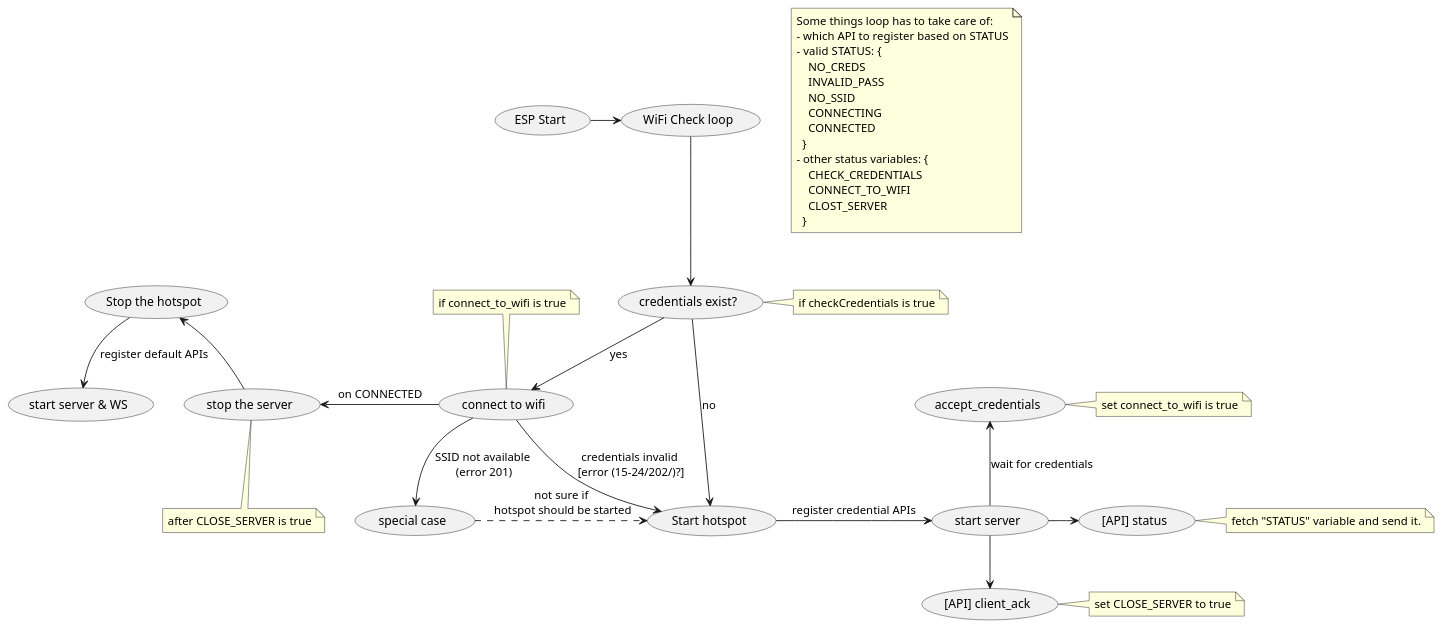
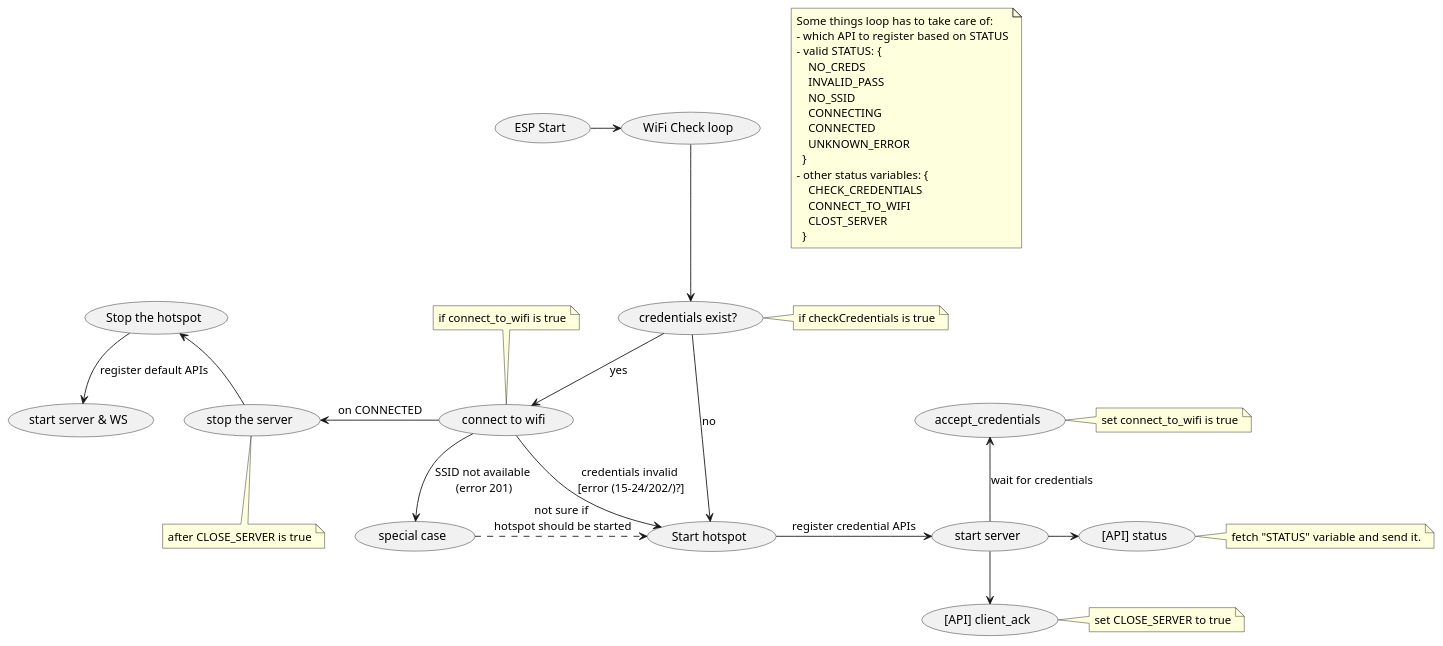
Before and after one commit to TeamRocketBalleBalle/RICA-Remastered: the diagram in Hardware/heart-rate-sensor/logic.pu, drawn with PlantUML. The commit also changed 5 other files, not shown here.

Commit message:
add wifi connect + disconnect event handlers also add another enum `UNKNOWN_ERROR` to account for unaccounted error codes

```diff
--- a/Hardware/heart-rate-sensor/logic.pu
+++ b/Hardware/heart-rate-sensor/logic.pu
@@ -1,53 +1,54 @@
 @startuml wifi big brain logic
 usecase (WiFi Check loop) as wificheck
 usecase (Start hotspot) as starthotspot
 (ESP Start)->wificheck
 wificheck-->(credentials exist?)
 
 ' start chain reaction tests
 
 (credentials exist?)->starthotspot : no
 (credentials exist?)-->(connect to wifi) : yes
 (connect to wifi)-->(special case) : SSID not available \n(error 201)
 (connect to wifi)->starthotspot : credentials invalid \n[error (15-24/202/)?]
 (special case).>starthotspot : not sure if\n hotspot should be started
 
 ' on wifi connect success
 (connect to wifi)-left->(stop the server) : on CONNECTED
 (Stop the hotspot)<--(stop the server)
 (Stop the hotspot)-->(start server & WS) : register default APIs
 
 ' hotspot routine?
 starthotspot->(start server) : register credential APIs
 (accept_credentials)<--(start server) : wait for credentials
 ' (accept_credentials)->(set recheck flag to true) : option 2 set a flag to true \nwhich the other loop will \nlook for constantly
 (start server) -right-> ([API] status)
 (start server) -down-> ([API] client_ack)
 
 note right of (credentials exist?): if checkCredentials is true
 note top of (connect to wifi): if connect_to_wifi is true
 note right of (accept_credentials): set connect_to_wifi is true
 note right of ([API] status): fetch "STATUS" variable and send it.
 note right of ([API] client_ack): set CLOSE_SERVER to true
 note bottom of (stop the server): after CLOSE_SERVER is true
 
 note as n1
     Some things loop has to take care of:
     - which API to register based on STATUS
     - valid STATUS: {
         NO_CREDS
         INVALID_PASS
         NO_SSID
         CONNECTING
         CONNECTED
+        UNKNOWN_ERROR
       }
     - other status variables: {
         CHECK_CREDENTIALS
         CONNECT_TO_WIFI
         CLOST_SERVER
       }
 end note
 ' note "connect_to_wifi is true" as connect_note
 ' connect_note - (connect to wifi)
 
 @enduml
```
